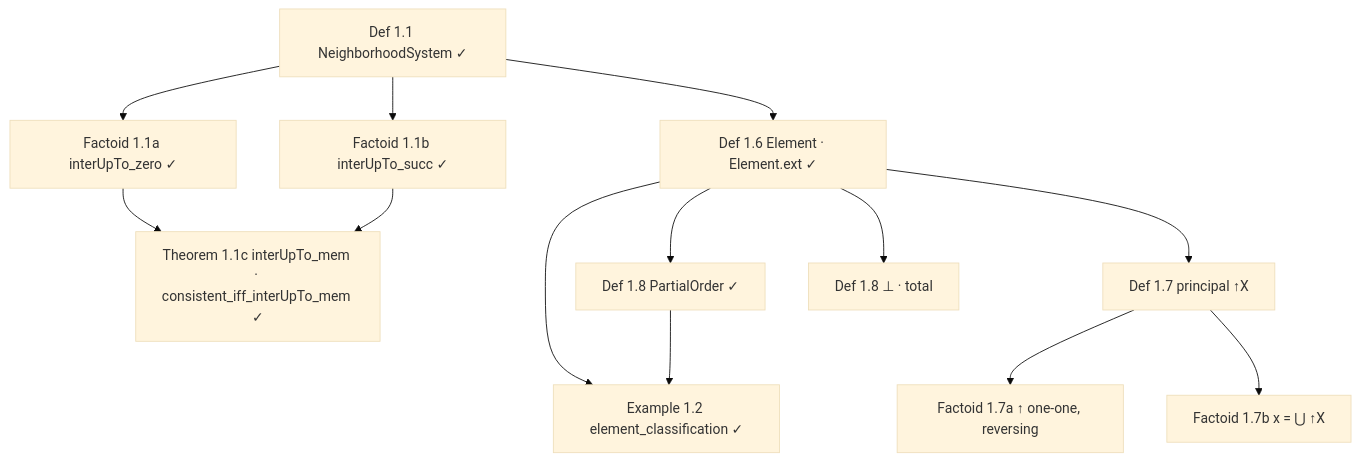
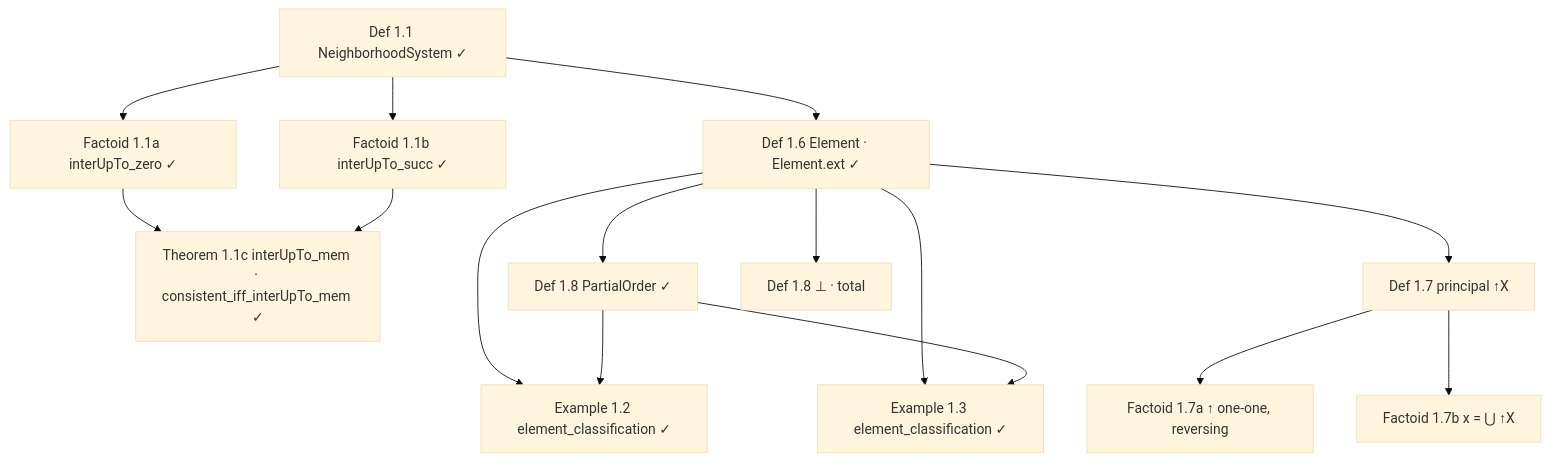
One commit to catskillsresearch/domain_theory changed the seventh of 9 diagrams in arxiv.md. Above: the diagram before and after it, drawn with Mermaid (base theme). The commit also changed other lines of this file and 2 other files, not shown here.

First line of the commit message:
feat(Domain): add Example 1.3 to Neighborhood documentation and update report card

````diff
--- a/arxiv.md
+++ b/arxiv.md
@@ -1180,27 +1180,30 @@
 ```mermaid
 flowchart TD
   D11["Def 1.1 NeighborhoodSystem ✓"]
   F11a["Factoid 1.1a interUpTo_zero ✓"]
   F11b["Factoid 1.1b interUpTo_succ ✓"]
   T11c["Theorem 1.1c interUpTo_mem · consistent_iff_interUpTo_mem ✓"]
   E12["Example 1.2 element_classification ✓"]
+  E13["Example 1.3 element_classification ✓"]
   D16["Def 1.6 Element · Element.ext ✓"]
   D18o["Def 1.8 PartialOrder ✓"]
   D17["Def 1.7 principal ↑X"]
   F17a["Factoid 1.7a ↑ one-one, reversing"]
   F17b["Factoid 1.7b x = ⋃ ↑X"]
   D18b["Def 1.8 ⊥ · total"]
 
   D11 --> F11a
   D11 --> F11b
   F11a --> T11c
   F11b --> T11c
   D11 --> D16
   D16 --> D18o
   D16 --> E12
   D18o --> E12
+  D16 --> E13
+  D18o --> E13
   D16 --> D17
   D17 --> F17a
   D17 --> F17b
   D16 --> D18b
 ```
````
